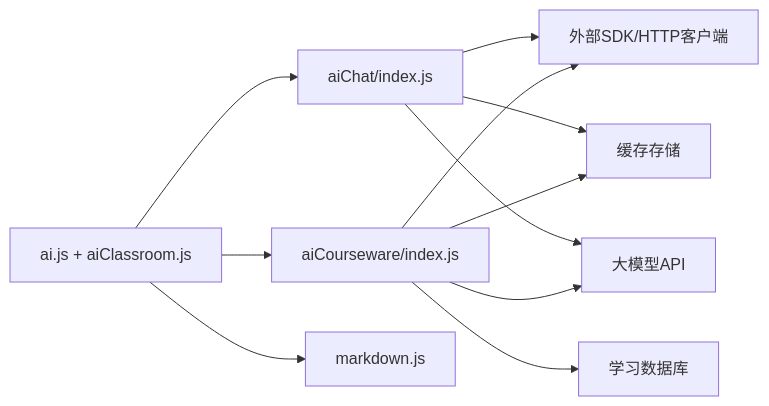
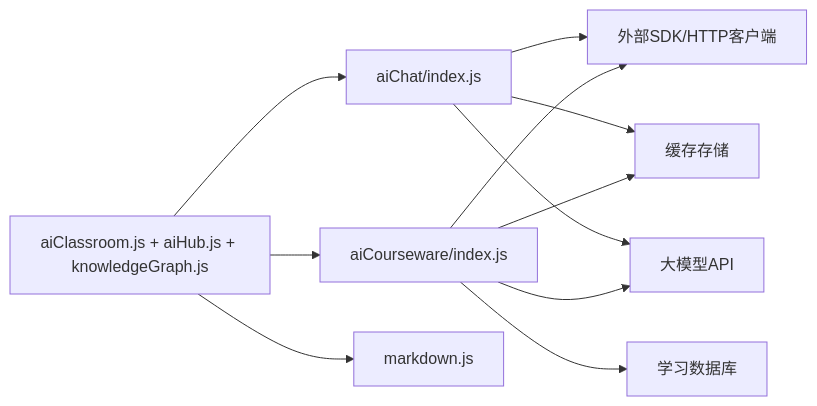
Diagram 15 of 15 in .qoder/repowiki/zh/content/核心功能模块/AI智能助手.md (cwb7756/bio), drawn with Mermaid before and after one commit. The commit also changed other lines of this file and 35 other files, not shown here.

````diff
--- a/.qoder/repowiki/zh/content/核心功能模块/AI智能助手.md
+++ b/.qoder/repowiki/zh/content/核心功能模块/AI智能助手.md
@@ -546,13 +713,13 @@
 ```mermaid
 graph LR
-Front["ai.js + aiClassroom.js"] --> Cloud1["aiChat/index.js"]
+Front["aiClassroom.js + aiHub.js + knowledgeGraph.js"] --> Cloud1["aiChat/index.js"]
 Front --> Cloud2["aiCourseware/index.js"]
 Front --> MD["markdown.js"]
 Cloud1 --> SDK["外部SDK/HTTP客户端"]
 Cloud1 --> Cache["缓存存储"]
 Cloud1 --> LLM["大模型API"]
 Cloud2 --> SDK
 Cloud2 --> Cache
 Cloud2 --> LLM
 Cloud2 --> DB["学习数据库"]
 ```
````
